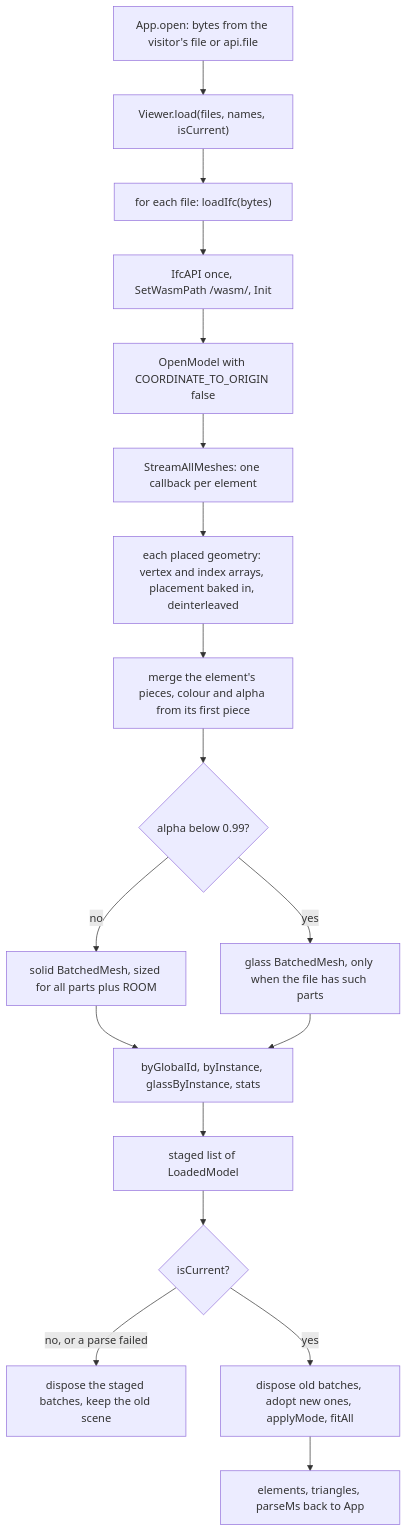
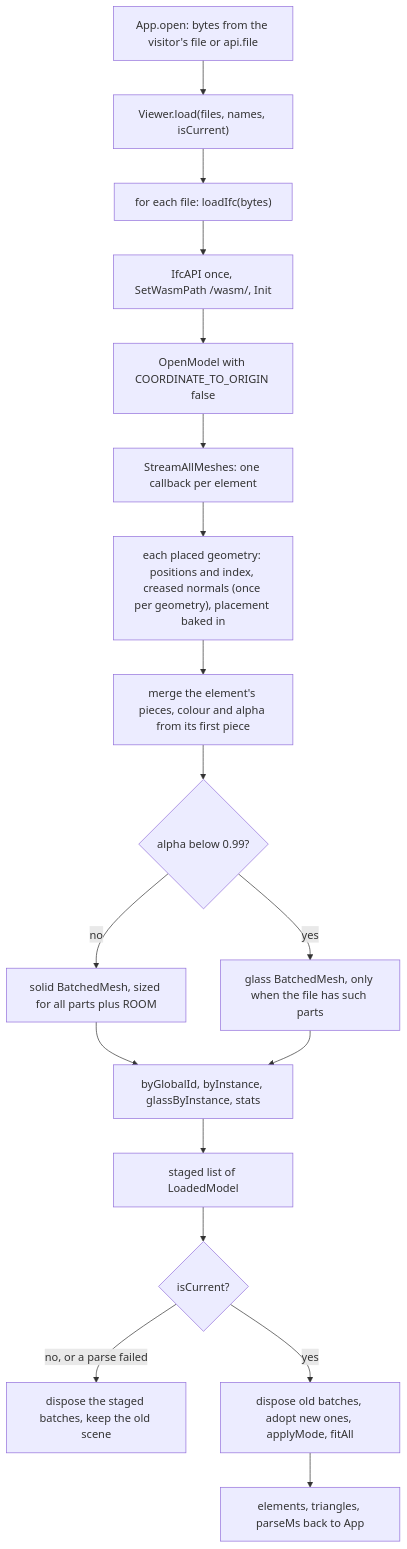
The first of 4 diagrams in docs/architecture/13-3d-viewer.md (IssueLab-Inc/ORCA), drawn with Mermaid before and after one commit. The commit also changed other lines of this file and 11 other files, not shown here.

````diff
--- a/docs/architecture/13-3d-viewer.md
+++ b/docs/architecture/13-3d-viewer.md
@@ -48,20 +50,20 @@
 ```mermaid
 flowchart TD
   open["App.open: bytes from the visitor's file or api.file"] --> load["Viewer.load(files, names, isCurrent)"]
   load --> each["for each file: loadIfc(bytes)"]
   each --> init["IfcAPI once, SetWasmPath /wasm/, Init"]
   init --> om["OpenModel with COORDINATE_TO_ORIGIN false"]
   om --> stream["StreamAllMeshes: one callback per element"]
-  stream --> geo["each placed geometry: vertex and index arrays, placement baked in, deinterleaved"]
+  stream --> geo["each placed geometry: positions and index, creased normals (once per geometry), placement baked in"]
   geo --> merge["merge the element's pieces, colour and alpha from its first piece"]
   merge --> split{"alpha below 0.99?"}
   split -->|"no"| solid["solid BatchedMesh, sized for all parts plus ROOM"]
   split -->|"yes"| glass["glass BatchedMesh, only when the file has such parts"]
   solid --> maps["byGlobalId, byInstance, glassByInstance, stats"]
   glass --> maps
   maps --> staged["staged list of LoadedModel"]
   staged --> current{"isCurrent?"}
   current -->|"no, or a parse failed"| dispose["dispose the staged batches, keep the old scene"]
   current -->|"yes"| adopt["dispose old batches, adopt new ones, applyMode, fitAll"]
   adopt --> stats["elements, triangles, parseMs back to App"]
 ```
````
